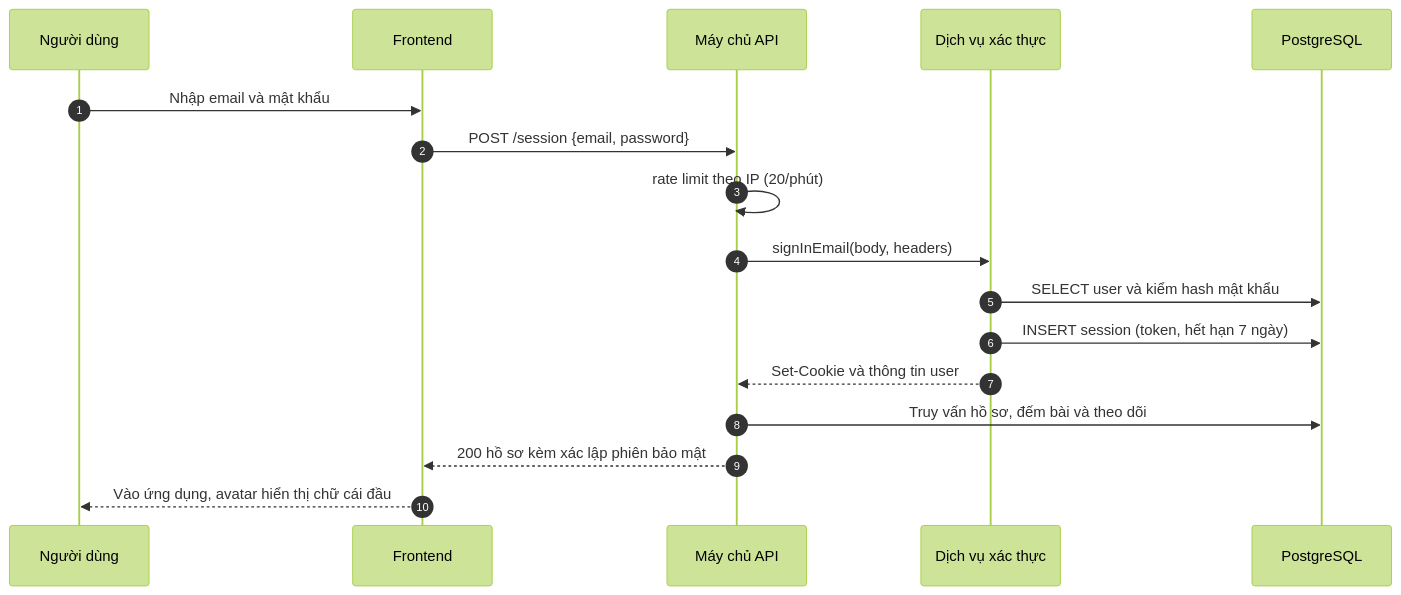
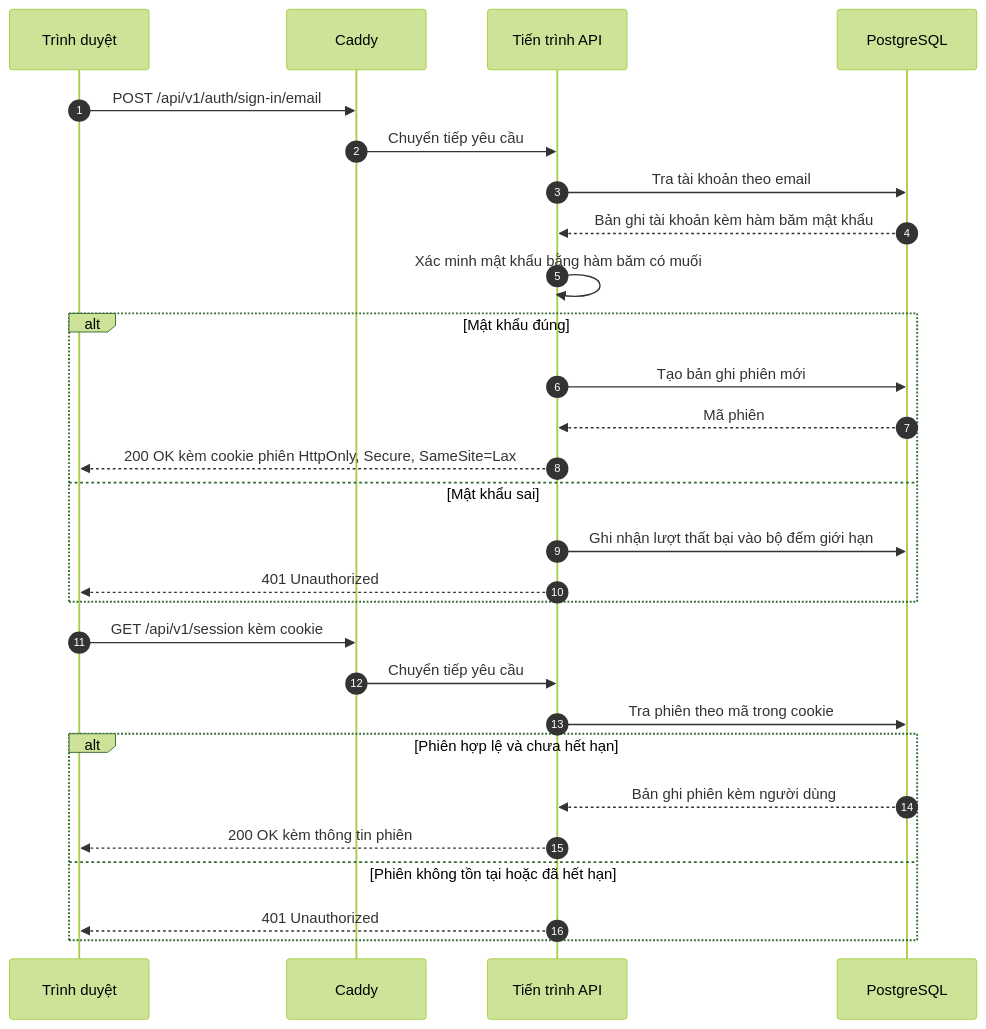
Before and after one commit to longqt321/Rendez-PBL6: the fifth of 11 diagrams in docs/bao-cao/BAO-CAO-DO-AN.md, drawn with Mermaid (forest theme). The commit also changed other lines of this file and 1 other file, not shown here.

````diff
--- a/docs/bao-cao/BAO-CAO-DO-AN.md
+++ b/docs/bao-cao/BAO-CAO-DO-AN.md
@@ -505,20 +651,32 @@
 ```mermaid
 sequenceDiagram
-  autonumber
-  participant U as Người dùng
-  participant FE as Frontend
-  participant API as Máy chủ API
-  participant BA as Dịch vụ xác thực
-  participant DB as PostgreSQL
+    autonumber
+    participant B as Trình duyệt
+    participant C as Caddy
+    participant A as Tiến trình API
+    participant D as PostgreSQL
 
-  U->>FE: Nhập email và mật khẩu
-  FE->>API: POST /session {email, password}
-  API->>API: rate limit theo IP (20/phút)
-  API->>BA: signInEmail(body, headers)
-  BA->>DB: SELECT user và kiểm hash mật khẩu
-  BA->>DB: INSERT session (token, hết hạn 7 ngày)
-  BA-->>API: Set-Cookie và thông tin user
-  API->>DB: Truy vấn hồ sơ, đếm bài và theo dõi
-  API-->>FE: 200 hồ sơ kèm xác lập phiên bảo mật
-  FE-->>U: Vào ứng dụng, avatar hiển thị chữ cái đầu
+    B->>C: POST /api/v1/auth/sign-in/email
+    C->>A: Chuyển tiếp yêu cầu
+    A->>D: Tra tài khoản theo email
+    D-->>A: Bản ghi tài khoản kèm hàm băm mật khẩu
+    A->>A: Xác minh mật khẩu bằng hàm băm có muối
+    alt Mật khẩu đúng
+        A->>D: Tạo bản ghi phiên mới
+        D-->>A: Mã phiên
+        A-->>B: 200 OK kèm cookie phiên HttpOnly, Secure, SameSite=Lax
+    else Mật khẩu sai
+        A->>D: Ghi nhận lượt thất bại vào bộ đếm giới hạn
+        A-->>B: 401 Unauthorized
+    end
+
+    B->>C: GET /api/v1/session kèm cookie
+    C->>A: Chuyển tiếp yêu cầu
+    A->>D: Tra phiên theo mã trong cookie
+    alt Phiên hợp lệ và chưa hết hạn
+        D-->>A: Bản ghi phiên kèm người dùng
+        A-->>B: 200 OK kèm thông tin phiên
+    else Phiên không tồn tại hoặc đã hết hạn
+        A-->>B: 401 Unauthorized
+    end
 ```
````
